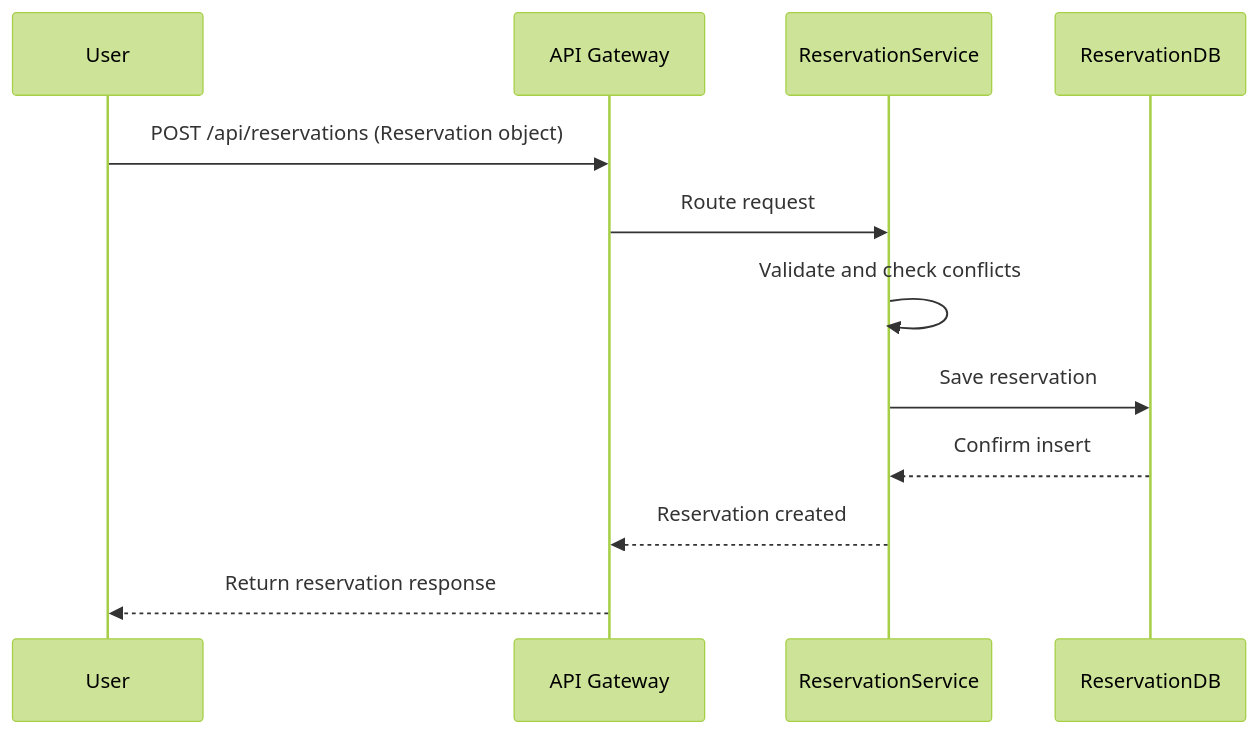
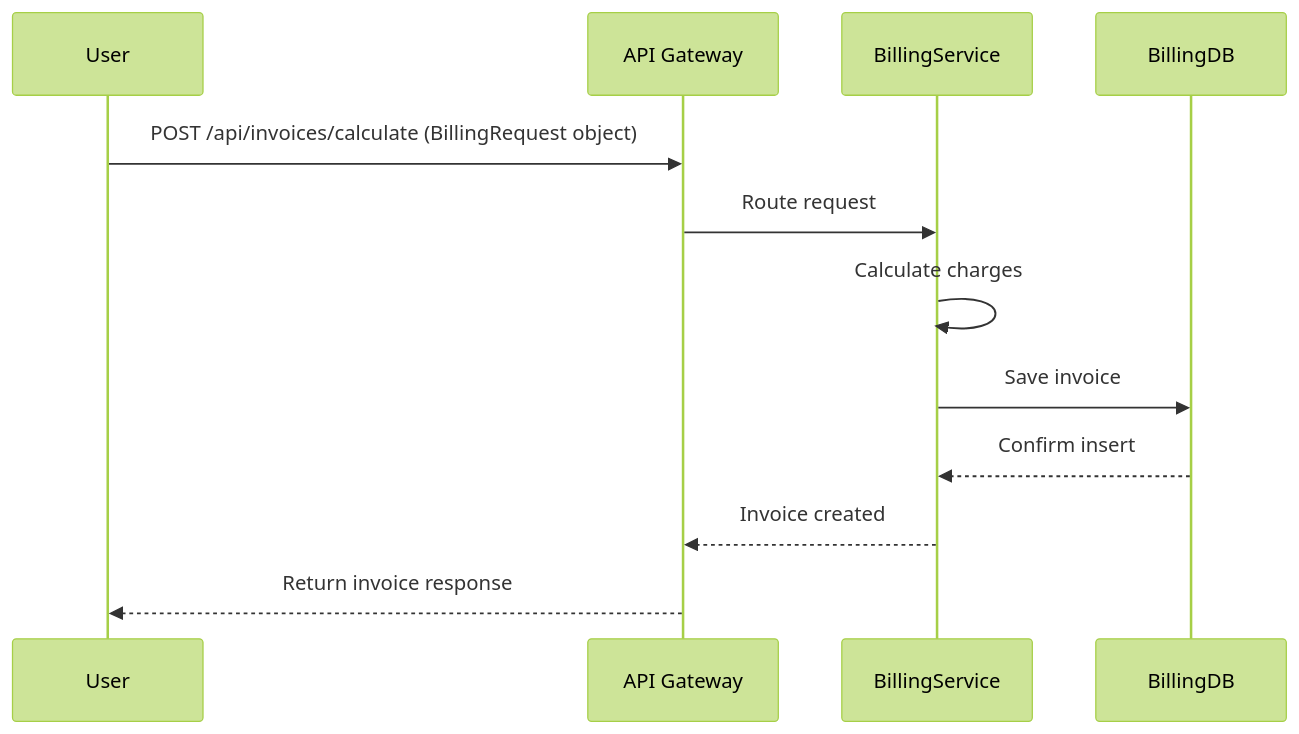
Before and after one commit to Nikitha-Kapparapu/Vehicle-Registration: the second of 2 diagrams in README.md, drawn with Mermaid (forest theme). The commit also changed other lines of this file, not shown here.

````diff
--- a/README.md
+++ b/README.md
@@ -114,15 +105,15 @@
 ```mermaid
 sequenceDiagram
     participant User
     participant API Gateway
-    participant ReservationService
-    participant ReservationDB
+    participant BillingService
+    participant BillingDB
 
-    User->>API Gateway: POST /api/reservations (Reservation object)
-    API Gateway->>ReservationService: Route request
-    ReservationService->>ReservationService: Validate and check conflicts
-    ReservationService->>ReservationDB: Save reservation
-    ReservationDB-->>ReservationService: Confirm insert
-    ReservationService-->>API Gateway: Reservation created
-    API Gateway-->>User: Return reservation response
+    User->>API Gateway: POST /api/invoices/calculate (BillingRequest object)
+    API Gateway->>BillingService: Route request
+    BillingService->>BillingService: Calculate charges
+    BillingService->>BillingDB: Save invoice
+    BillingDB-->>BillingService: Confirm insert
+    BillingService-->>API Gateway: Invoice created
+    API Gateway-->>User: Return invoice response
 ```
````
